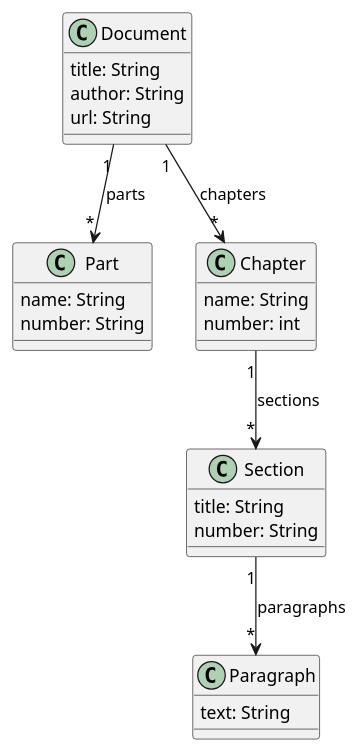
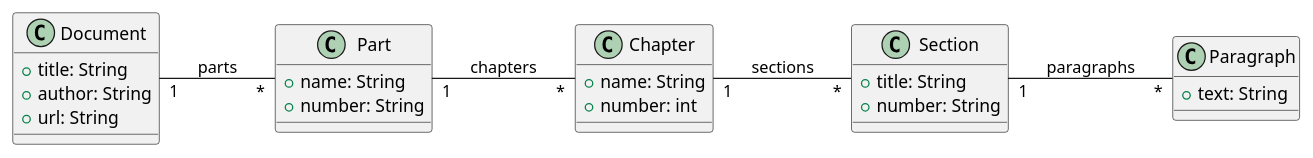
Before and after one commit to waltatgit/uml: the diagram in GPT-5/70.jpg.only.plantuml, drawn with PlantUML. The commit also changed 479 other files, not shown here.

```diff
--- a/GPT-5/70.jpg.only.plantuml
+++ b/GPT-5/70.jpg.only.plantuml
@@ -1,33 +1,38 @@
 @startuml
+' Assumptions:
+' - Associations are undirected (no navigability arrows were shown).
+' - Multiplicity "*" means many; labels near links are role names on the "*" side.
+' - No inheritance or composition was indicated; all links are plain associations.
+
+left to right direction
 
 class Document {
-    title: String
-    author: String
-    url: String
+  +title: String
+  +author: String
+  +url: String
 }
 
 class Part {
-    name: String
-    number: String
+  +name: String
+  +number: String
 }
 
 class Chapter {
-    name: String
-    number: int
+  +name: String
+  +number: int
 }
 
 class Section {
-    title: String
-    number: String
+  +title: String
+  +number: String
 }
 
 class Paragraph {
-    text: String
+  +text: String
 }
 
-Document "1" --> "*" Part : parts
-Document "1" --> "*" Chapter : chapters
-Chapter "1" --> "*" Section : sections
-Section "1" --> "*" Paragraph : paragraphs
-
+Document "1" -- "*" Part : parts
+Part "1" -- "*" Chapter : chapters
+Chapter "1" -- "*" Section : sections
+Section "1" -- "*" Paragraph : paragraphs
 @enduml
```
